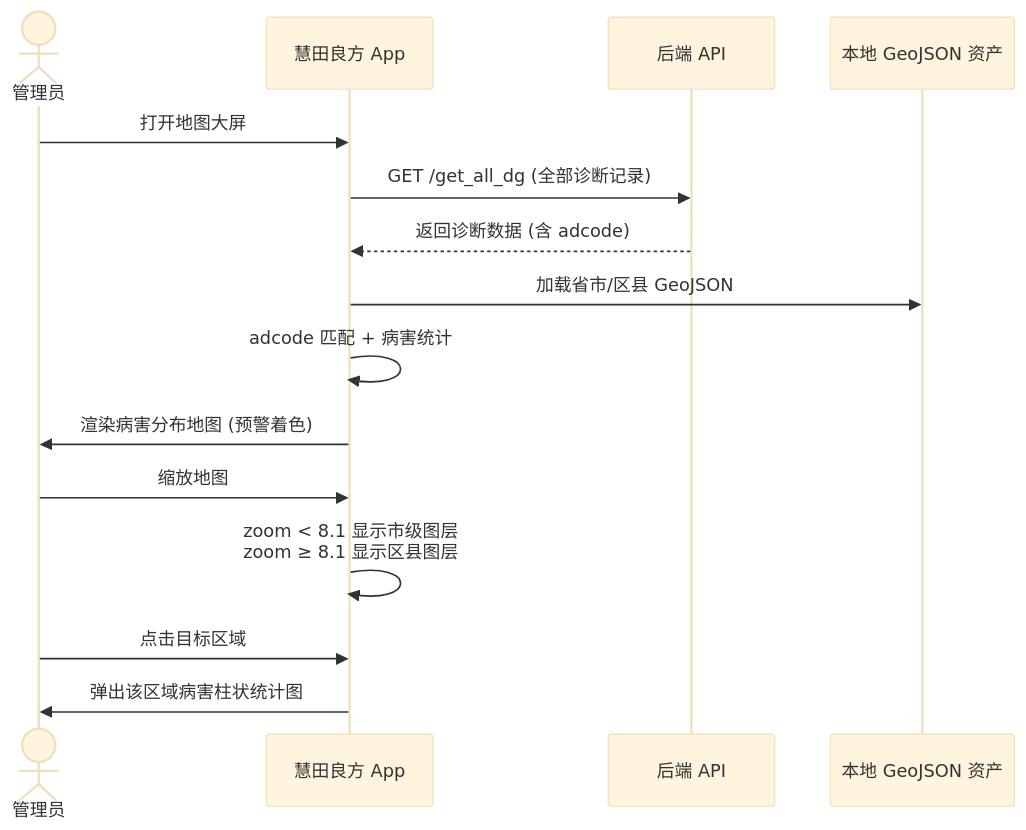
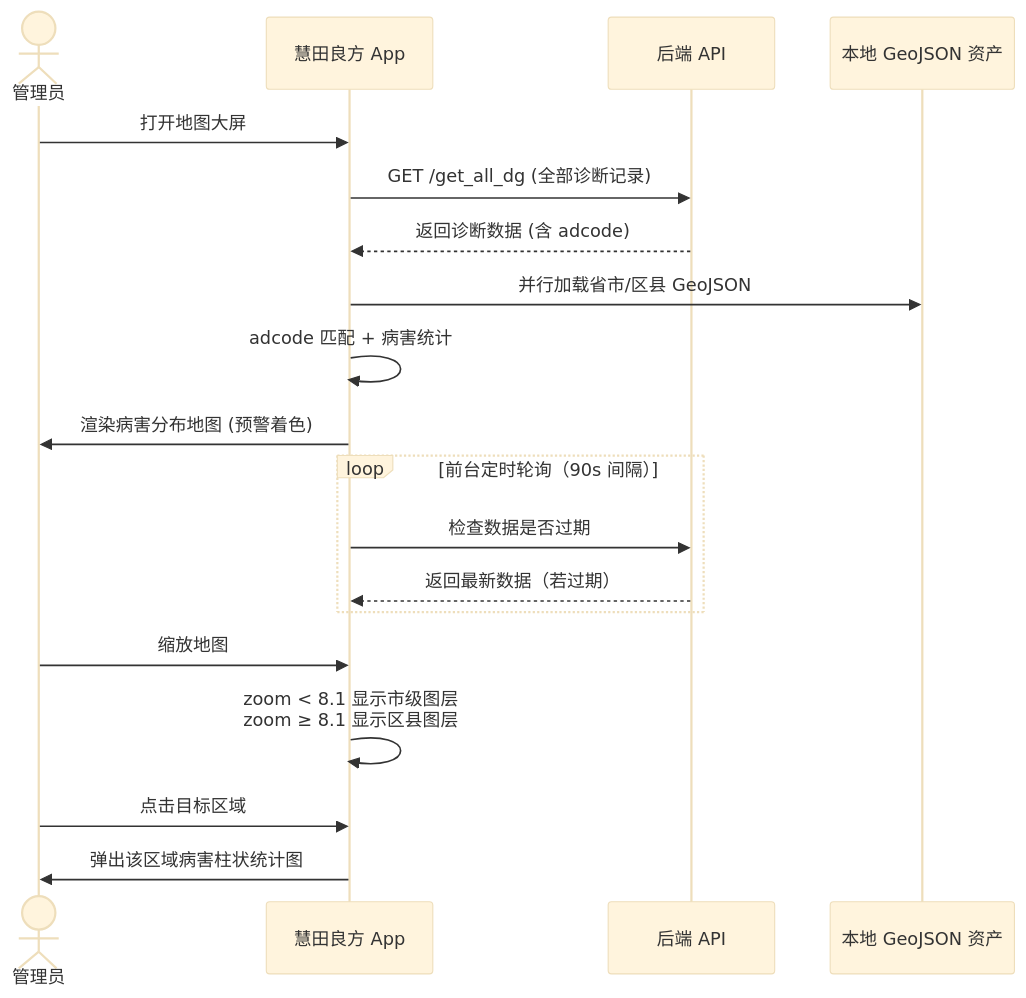
The third of 3 diagrams in README.md (42419/disease_flutter), drawn with Mermaid (base theme) before and after one commit. The commit also changed other lines of this file, not shown here.

````diff
--- a/README.md
+++ b/README.md
@@ -169,17 +182,21 @@
 ```mermaid
 sequenceDiagram
     actor 管理员
     participant App as 慧田良方 App
     participant Backend as 后端 API
     participant GeoJSON as 本地 GeoJSON 资产
     管理员 ->> App: 打开地图大屏
     App ->> Backend: GET /get_all_dg (全部诊断记录)
     Backend -->> App: 返回诊断数据 (含 adcode)
-    App ->> GeoJSON: 加载省市/区县 GeoJSON
+    App ->> GeoJSON: 并行加载省市/区县 GeoJSON
     App ->> App: adcode 匹配 + 病害统计
     App ->> 管理员: 渲染病害分布地图 (预警着色)
+    loop 前台定时轮询（90s 间隔）
+        App ->> Backend: 检查数据是否过期
+        Backend -->> App: 返回最新数据（若过期）
+    end
     管理员 ->> App: 缩放地图
     App ->> App: zoom < 8.1 显示市级图层<br/>zoom ≥ 8.1 显示区县图层
     管理员 ->> App: 点击目标区域
     App ->> 管理员: 弹出该区域病害柱状统计图
 ```
````
